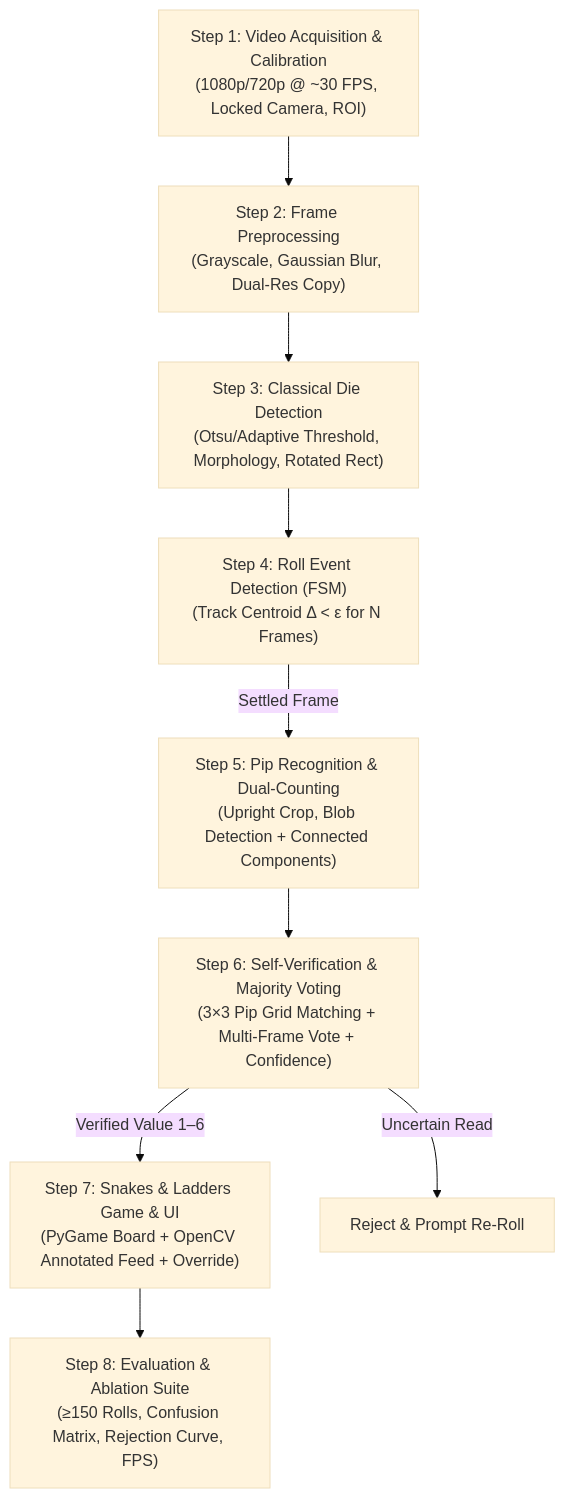
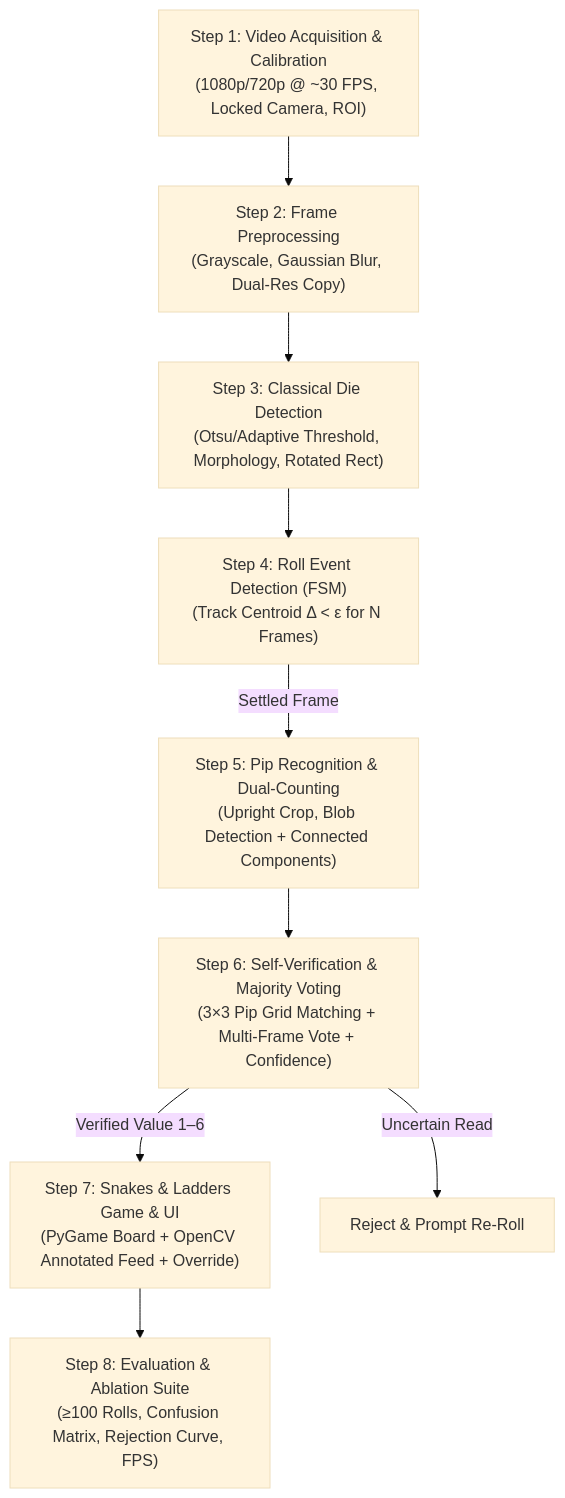
Before and after one commit to lejxz/cv-dice-snakes-ladders: the first of 2 diagrams in concept/01-implementation-plan.md, drawn with Mermaid (base theme). The commit also changed other lines of this file, not shown here.

````diff
--- a/concept/01-implementation-plan.md
+++ b/concept/01-implementation-plan.md
@@ -11,11 +11,11 @@
 ```mermaid
 flowchart TD
     A["Step 1: Video Acquisition & Calibration<br/>(1080p/720p @ ~30 FPS, Locked Camera, ROI)"] --> B["Step 2: Frame Preprocessing<br/>(Grayscale, Gaussian Blur, Dual-Res Copy)"]
     B --> C["Step 3: Classical Die Detection<br/>(Otsu/Adaptive Threshold, Morphology, Rotated Rect)"]
     C --> D["Step 4: Roll Event Detection (FSM)<br/>(Track Centroid Δ < ε for N Frames)"]
     D -->|Settled Frame| E["Step 5: Pip Recognition & Dual-Counting<br/>(Upright Crop, Blob Detection + Connected Components)"]
     E --> F["Step 6: Self-Verification & Majority Voting<br/>(3×3 Pip Grid Matching + Multi-Frame Vote + Confidence)"]
     F -->|Verified Value 1–6| G["Step 7: Snakes & Ladders Game & UI<br/>(PyGame Board + OpenCV Annotated Feed + Override)"]
     F -->|Uncertain Read| H["Reject & Prompt Re-Roll"]
-    G --> I["Step 8: Evaluation & Ablation Suite<br/>(≥150 Rolls, Confusion Matrix, Rejection Curve, FPS)"]
+    G --> I["Step 8: Evaluation & Ablation Suite<br/>(≥100 Rolls, Confusion Matrix, Rejection Curve, FPS)"]
 ```
````
